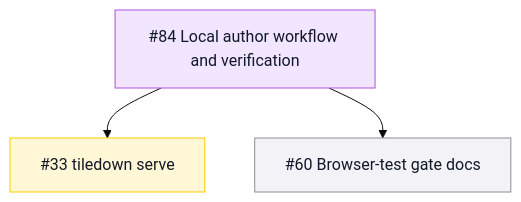
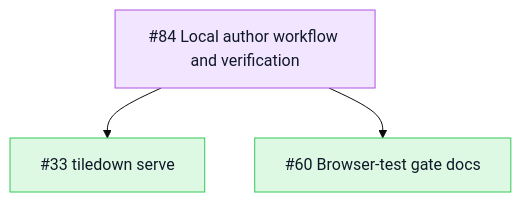
The seventh of 9 diagrams in README.md (TileDown/tile-down), drawn with Mermaid (base theme) before and after one commit. The commit also changed other lines of this file, not shown here.

First line of the commit message:
docs(readme): mark closed roadmap epics done

````diff
--- a/README.md
+++ b/README.md
@@ -159,10 +157,11 @@
 ```mermaid
 flowchart TD
   Epic["#84 Local author workflow and verification"]:::epic
-  Epic --> Serve["#33 tiledown serve"]:::review
-  Epic --> BrowserGate["#60 Browser-test gate docs"]:::todo
+  Epic --> Serve["#33 tiledown serve"]:::done
+  Epic --> BrowserGate["#60 Browser-test gate docs"]:::done
 
+  classDef done fill:#ddf9e4,stroke:#34c759,color:#111827
   classDef epic fill:#f2e5ff,stroke:#af52de,color:#111827
   classDef review fill:#fff7d6,stroke:#ffcc00,color:#111827
   classDef todo fill:#f2f2f7,stroke:#8e8e93,color:#111827
 ```
````
